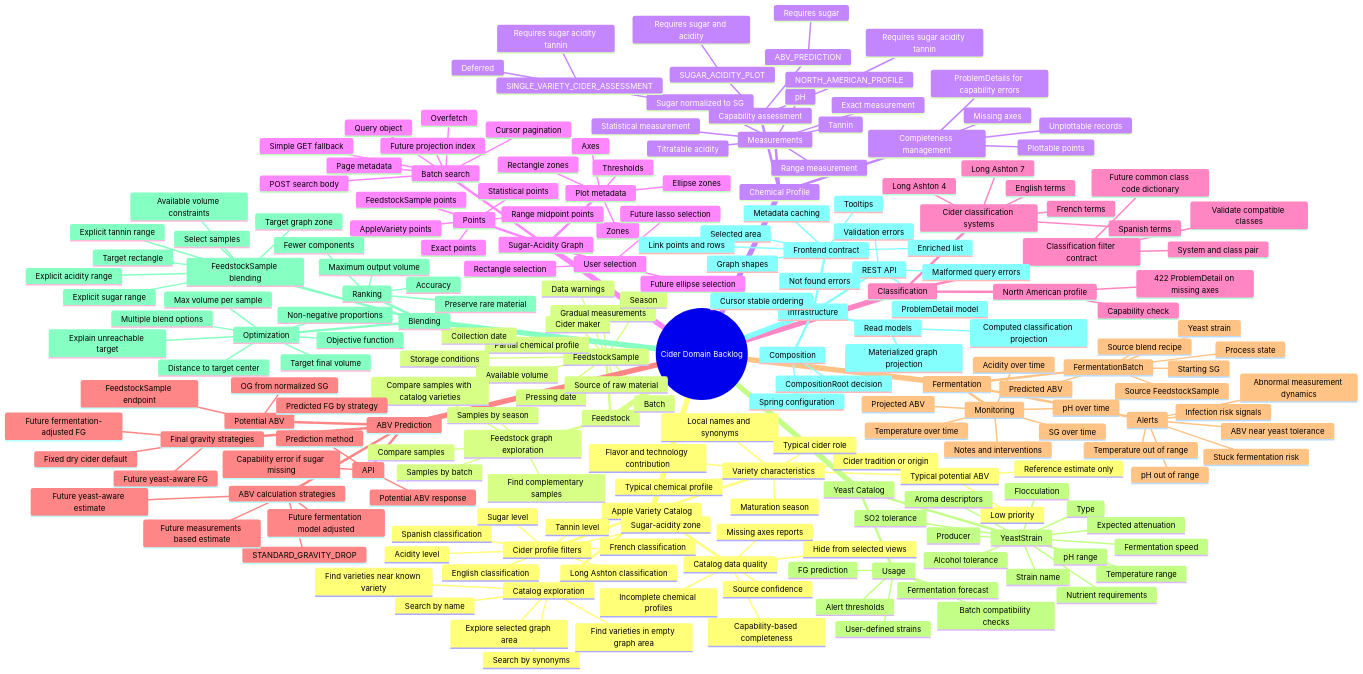
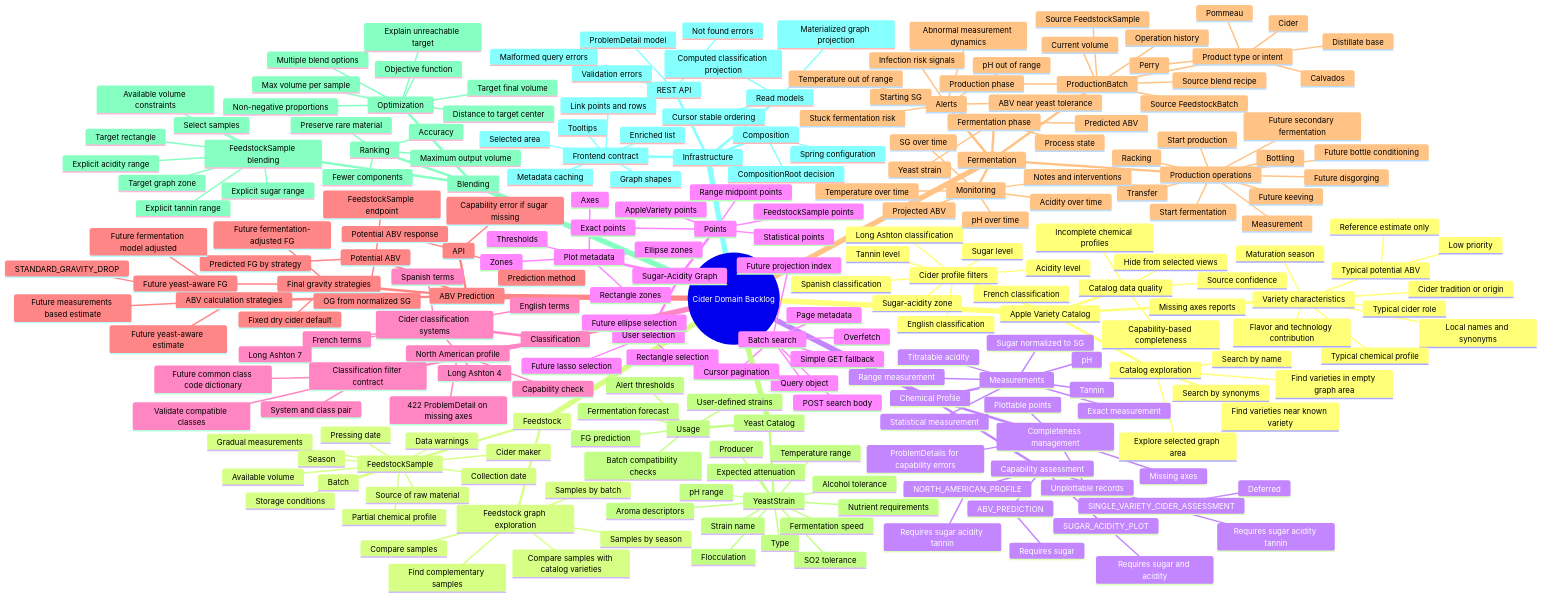
The diagram in docs/domain/backlog-mindmap.md (mathematical-craft-science/cider-apple-profile), drawn with Mermaid before and after one commit. The commit also changed 448 other files, not shown here.

```diff
--- a/docs/domain/backlog-mindmap.md
+++ b/docs/domain/backlog-mindmap.md
@@ -136,9 +136,31 @@
         Prediction method
         Capability error if sugar missing
     Fermentation
-      FermentationBatch
+      ProductionBatch
+        Product type or intent
+          Cider
+          Perry
+          Distillate base
+          Calvados
+          Pommeau
+        Source FeedstockBatch
         Source FeedstockSample
         Source blend recipe
+        Current volume
+        Operation history
+        Production phase
+      Production operations
+        Start production
+        Start fermentation
+        Measurement
+        Racking
+        Transfer
+        Bottling
+        Future keeving
+        Future secondary fermentation
+        Future bottle conditioning
+        Future disgorging
+      Fermentation phase
         Starting SG
         Predicted ABV
         Yeast strain
```
